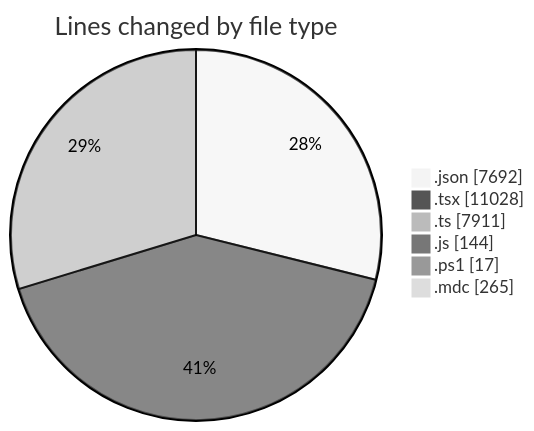
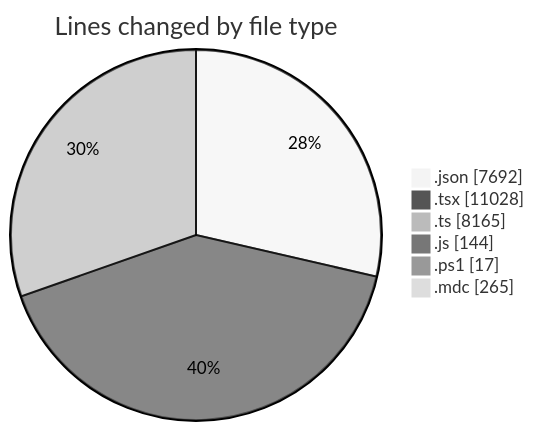
The first of 2 diagrams in 2025-06-10/ecodeli-1/README.md (CELIANVF/code-tracking), drawn with Mermaid (neutral theme) before and after one commit. The commit also changed other lines of this file and 1 other file, not shown here.

````diff
--- a/2025-06-10/ecodeli-1/README.md
+++ b/2025-06-10/ecodeli-1/README.md
@@ -82,10 +83,10 @@
 ```mermaid
 pie showData
 title Lines changed by file type
 ".json" : 7692
 ".tsx" : 11028
-".ts" : 7911
+".ts" : 8165
 ".js" : 144
 ".ps1" : 17
 ".mdc" : 265
 ```
````
